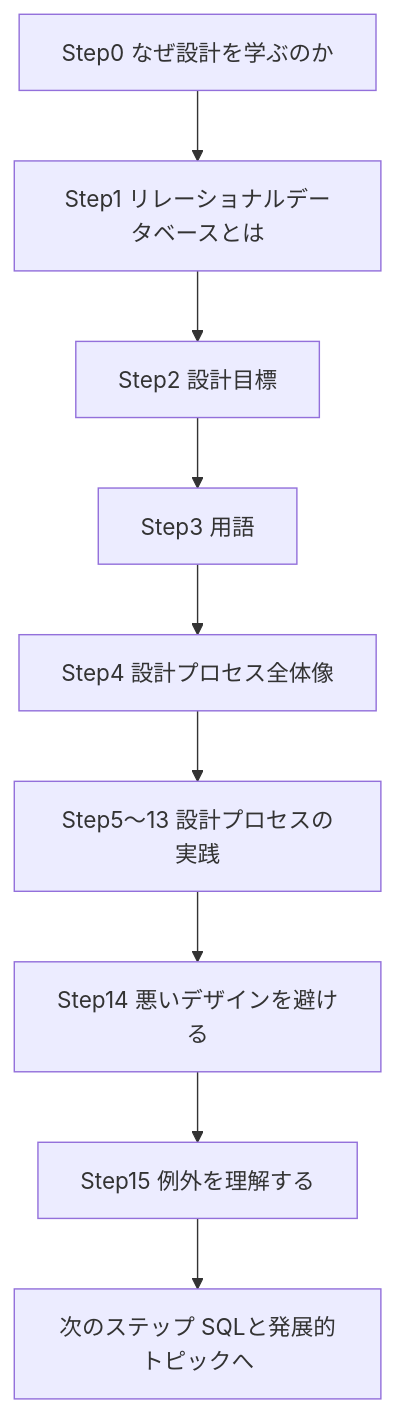
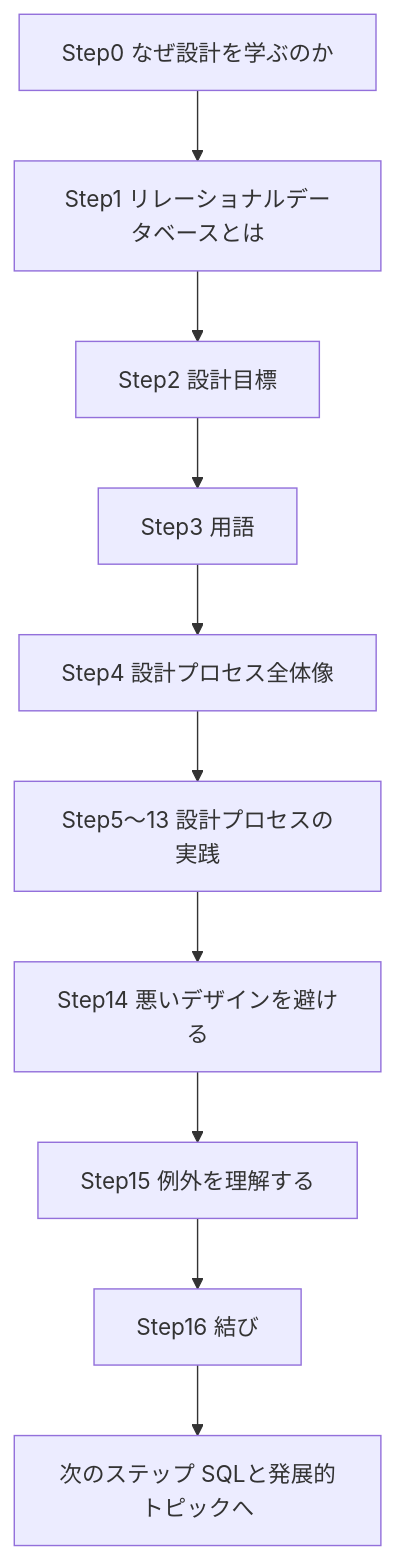
The third of 14 diagrams in Database-design-for-mere-mortals-guide.md (myoshi2891/Software-Design-and-Architecture), drawn with Mermaid before and after one commit. The commit also changed 1 other file, not shown here.

Commit message:
fix(database-design): アクセシビリティとロードマップの欠落を修正
- ブレークポイント跨ぎで close() を呼ぶよう変更。.scrim.show はメディアクエリ外の
  定義のため、メニューを開いたまま画面を広げるとデスクトップ幅で全画面
  オーバーレイが残り、ページ全体が操作不能になっていた。
- コンテンツラッパーを div.main から main 要素へ変更（ランドマーク追加）
- チェックリスト進捗を role="status" / aria-live="polite" のライブリージョン化
- スクロール連動のアクティブなナビ項目に aria-current="location" を付与
- 学習ロードマップ図に Step16（結び）を追加し、キャプションも更新。
  本文・ナビには Step16 が存在するのに図だけ Step15 で終わっていた。
- Mermaid 未読込・初期化失敗時に図のローディング表示を失敗表示へ差し替え

````diff
--- a/Database-design-for-mere-mortals-guide.md
+++ b/Database-design-for-mere-mortals-guide.md
@@ -75,11 +75,12 @@
 ```mermaid
 flowchart TD
     S0["Step0 なぜ設計を学ぶのか"] --> S1["Step1 リレーショナルデータベースとは"]
     S1 --> S2["Step2 設計目標"]
     S2 --> S3["Step3 用語"]
     S3 --> S4["Step4 設計プロセス全体像"]
     S4 --> S5["Step5〜13 設計プロセスの実践"]
     S5 --> S14["Step14 悪いデザインを避ける"]
     S14 --> S15["Step15 例外を理解する"]
-    S15 --> Next["次のステップ SQLと発展的トピックへ"]
+    S15 --> S16["Step16 結び"]
+    S16 --> Next["次のステップ SQLと発展的トピックへ"]
 ```
````
